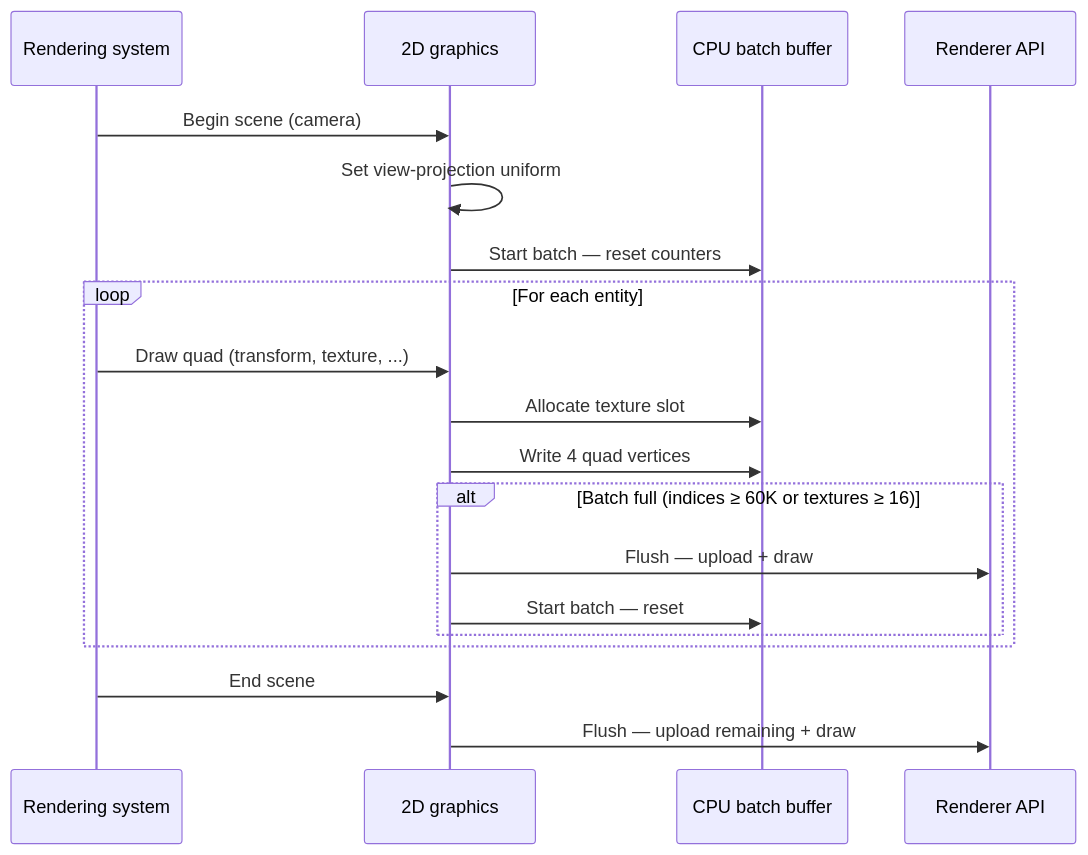
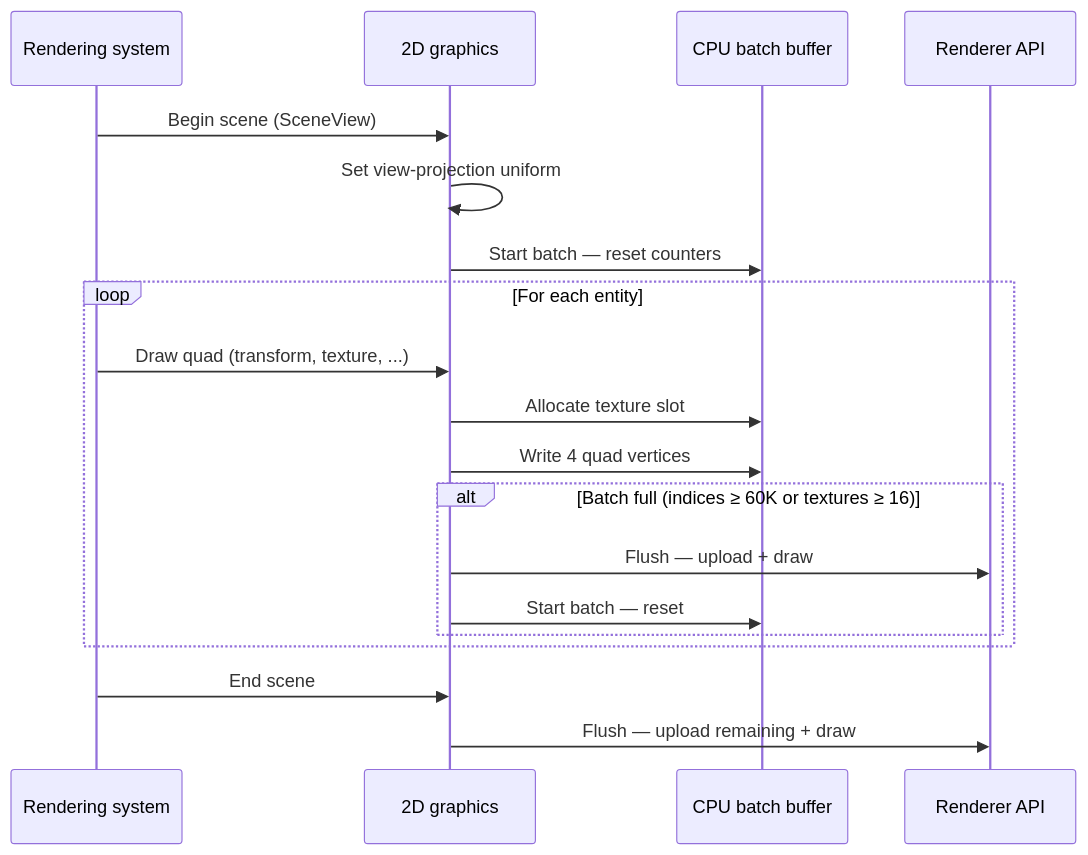
Before and after one commit to kateusz/GameEngine: the second of 5 diagrams in docs/architecture/rendering-pipeline.md, drawn with Mermaid. The commit also changed other lines of this file and 2 other files, not shown here.

````diff
--- a/docs/architecture/rendering-pipeline.md
+++ b/docs/architecture/rendering-pipeline.md
@@ -127,25 +134,25 @@
 ```mermaid
 sequenceDiagram
     participant System as Rendering system
     participant G2D as 2D graphics
     participant Batch as CPU batch buffer
     participant GPU as Renderer API
 
-    System->>G2D: Begin scene (camera)
+    System->>G2D: Begin scene (SceneView)
     G2D->>G2D: Set view-projection uniform
     G2D->>Batch: Start batch — reset counters
 
     loop For each entity
         System->>G2D: Draw quad (transform, texture, ...)
         G2D->>Batch: Allocate texture slot
         G2D->>Batch: Write 4 quad vertices
 
         alt Batch full (indices ≥ 60K or textures ≥ 16)
             G2D->>GPU: Flush — upload + draw
             G2D->>Batch: Start batch — reset
         end
     end
 
     System->>G2D: End scene
     G2D->>GPU: Flush — upload remaining + draw
 ```
````
